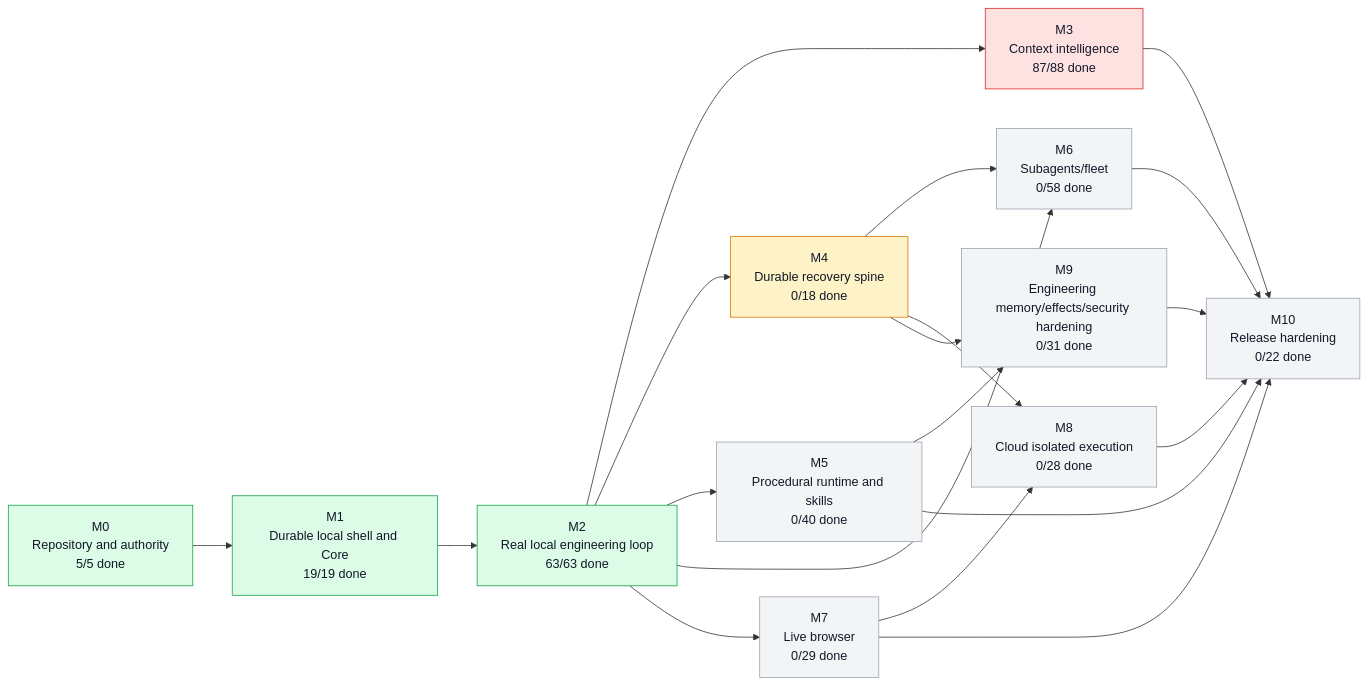
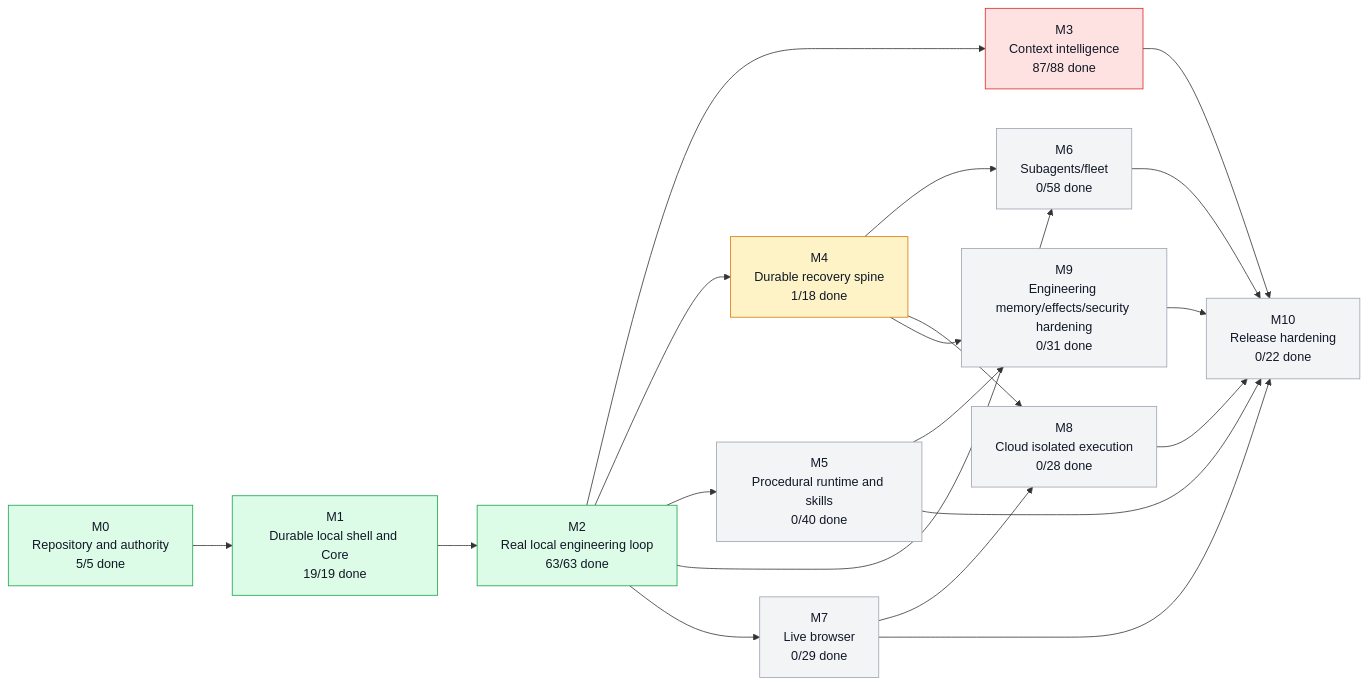
One commit to moss101/modbit changed the first of 5 diagrams in graph/PROJECT_GRAPH.md. Above: the diagram before and after it, drawn with Mermaid. The commit also changed other lines of this file and 7 other files, not shown here.

````diff
--- a/graph/PROJECT_GRAPH.md
+++ b/graph/PROJECT_GRAPH.md
@@ -57,43 +57,43 @@
 ```mermaid
 flowchart LR
   M0["M0<br/>Repository and authority<br/>5/5 done"]
   M1["M1<br/>Durable local shell and Core<br/>19/19 done"]
   M2["M2<br/>Real local engineering loop<br/>63/63 done"]
   M3["M3<br/>Context intelligence<br/>87/88 done"]
-  M4["M4<br/>Durable recovery spine<br/>0/18 done"]
+  M4["M4<br/>Durable recovery spine<br/>1/18 done"]
   M5["M5<br/>Procedural runtime and skills<br/>0/40 done"]
   M6["M6<br/>Subagents/fleet<br/>0/58 done"]
   M7["M7<br/>Live browser<br/>0/29 done"]
   M8["M8<br/>Cloud isolated execution<br/>0/28 done"]
   M9["M9<br/>Engineering memory/effects/security hardening<br/>0/31 done"]
   M10["M10<br/>Release hardening<br/>0/22 done"]
   M0 --> M1
   M1 --> M2
   M2 --> M3
   M2 --> M4
   M2 --> M5
   M2 --> M6
   M4 --> M6
   M2 --> M7
   M4 --> M8
   M7 --> M8
   M4 --> M9
   M5 --> M9
   M3 --> M10
   M5 --> M10
   M6 --> M10
   M7 --> M10
   M8 --> M10
   M9 --> M10
   style M0 fill:#dcfce7,stroke:#16a34a,color:#111827
   style M1 fill:#dcfce7,stroke:#16a34a,color:#111827
   style M2 fill:#dcfce7,stroke:#16a34a,color:#111827
   style M3 fill:#fee2e2,stroke:#dc2626,color:#111827
   style M4 fill:#fef3c7,stroke:#d97706,color:#111827
   style M5 fill:#f3f4f6,stroke:#9ca3af,color:#111827
   style M6 fill:#f3f4f6,stroke:#9ca3af,color:#111827
   style M7 fill:#f3f4f6,stroke:#9ca3af,color:#111827
   style M8 fill:#f3f4f6,stroke:#9ca3af,color:#111827
   style M9 fill:#f3f4f6,stroke:#9ca3af,color:#111827
   style M10 fill:#f3f4f6,stroke:#9ca3af,color:#111827
 ```
````
